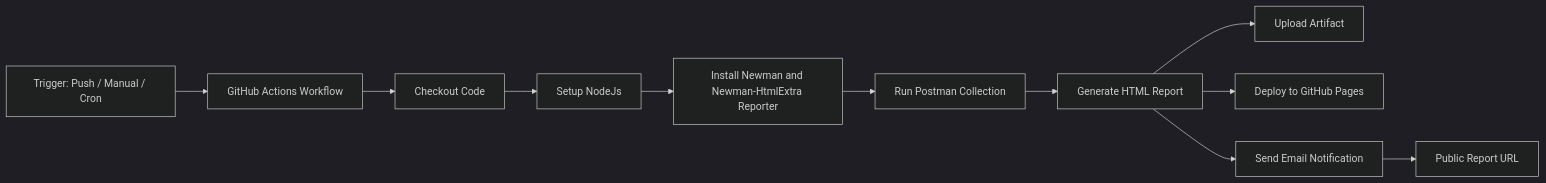
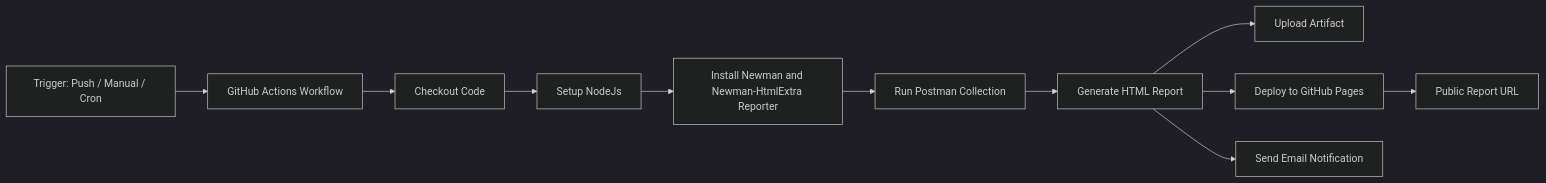
The diagram in README.md (shlok-prakash/Phoenix-Inwarranty-Flow), drawn with Mermaid (dark theme) before and after one commit.

````diff
--- a/README.md
+++ b/README.md
@@ -89,13 +89,13 @@
 ```mermaid
 flowchart LR
     A[Trigger: Push / Manual / Cron] --> B[GitHub Actions Workflow]
     B --> C[Checkout Code]
     C --> D[Setup NodeJs ]
     D --> E[Install Newman and Newman-HtmlExtra Reporter]
     E --> F[Run Postman Collection]
     F --> G[Generate HTML Report]
     G --> H[Upload Artifact]
     G --> I[Deploy to GitHub Pages]
     G --> J[Send Email Notification]
-    J --> K[Public Report URL]
+    I --> K[Public Report URL]
  ```
````
